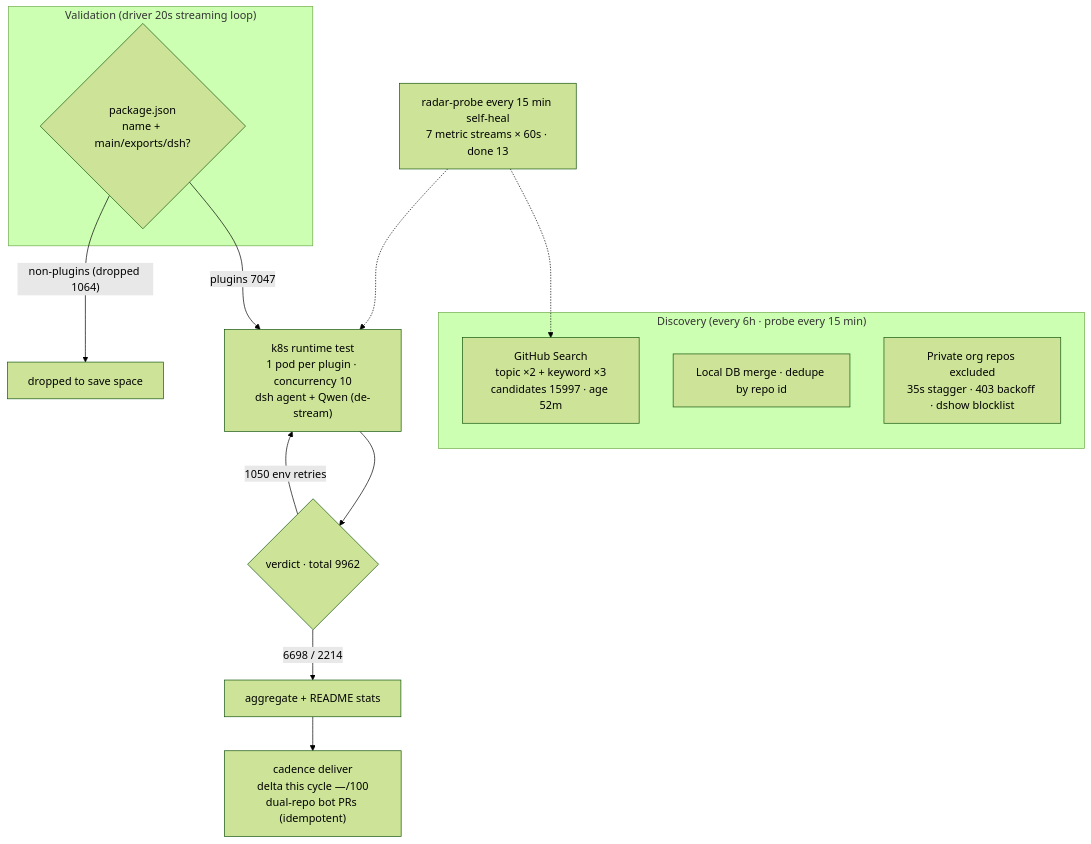
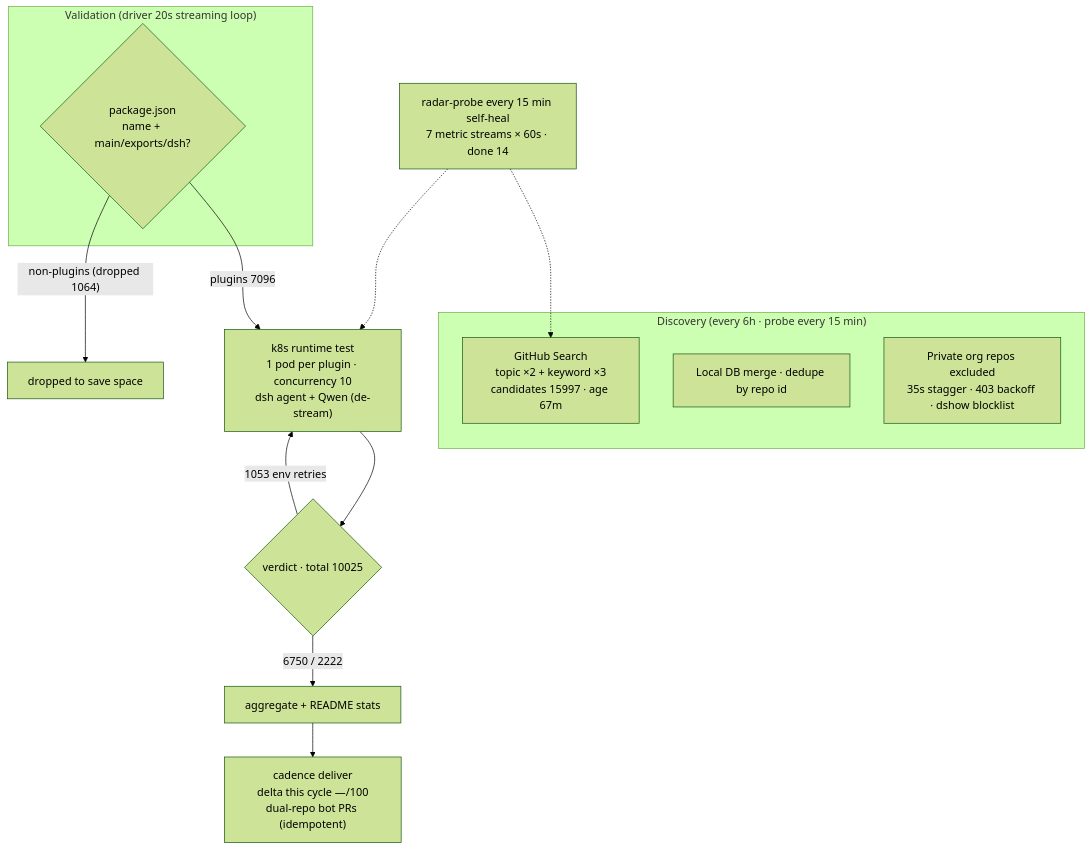
Before and after one commit to AdamPlatin123/awesome-dsh-plugins: the diagram in README.en-US.md, drawn with Mermaid (forest theme). The commit also changed other lines of this file and 4 other files, not shown here.

````diff
--- a/README.en-US.md
+++ b/README.en-US.md
@@ -30,20 +30,20 @@
 ```mermaid
 flowchart TB
     subgraph Discovery["Discovery (every 6h · probe every 15 min)"]
-        A1["GitHub Search<br/>topic ×2 + keyword ×3<br/>candidates 15997 · age 52m"]
+        A1["GitHub Search<br/>topic ×2 + keyword ×3<br/>candidates 15997 · age 67m"]
         A2["Local DB merge · dedupe by repo id"]
         A3["Private org repos excluded<br/>35s stagger · 403 backoff · dshow blocklist"]
     end
     subgraph Validation["Validation (driver 20s streaming loop)"]
         B1{"package.json<br/>name + main/exports/dsh?"}
     end
-    B1 -->|"plugins 7047"| C1["k8s runtime test<br/>1 pod per plugin · concurrency 10<br/>dsh agent + Qwen (de-stream)"]
+    B1 -->|"plugins 7096"| C1["k8s runtime test<br/>1 pod per plugin · concurrency 10<br/>dsh agent + Qwen (de-stream)"]
     B1 -->|"non-plugins (dropped 1064)"| B3["dropped to save space"]
-    C1 --> D1{"verdict · total 9962"}
-    D1 -->|"6698 / 2214"| E1["aggregate + README stats"]
-    D1 -->|"1050 env retries"| C1
+    C1 --> D1{"verdict · total 10025"}
+    D1 -->|"6750 / 2222"| E1["aggregate + README stats"]
+    D1 -->|"1053 env retries"| C1
     E1 --> E2["cadence deliver<br/>delta this cycle —/100<br/>dual-repo bot PRs (idempotent)"]
-    M["radar-probe every 15 min self-heal<br/>7 metric streams × 60s · done 13"]
+    M["radar-probe every 15 min self-heal<br/>7 metric streams × 60s · done 14"]
     M -.-> A1
     M -.-> C1
 ```
````
